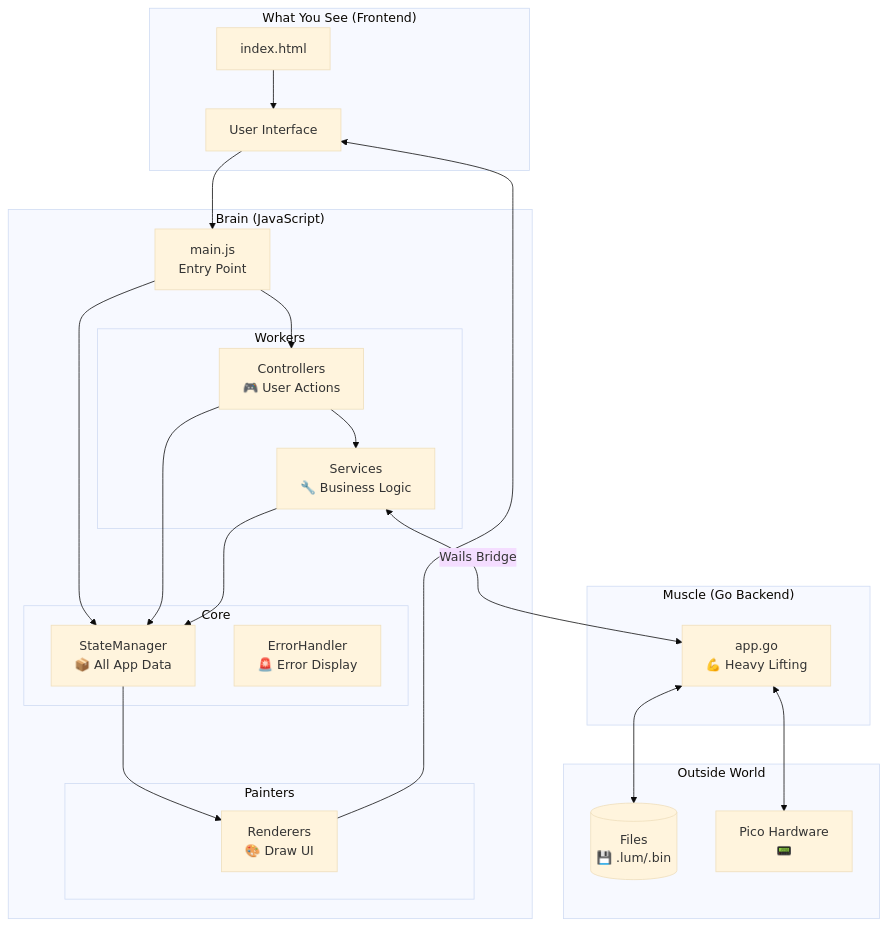
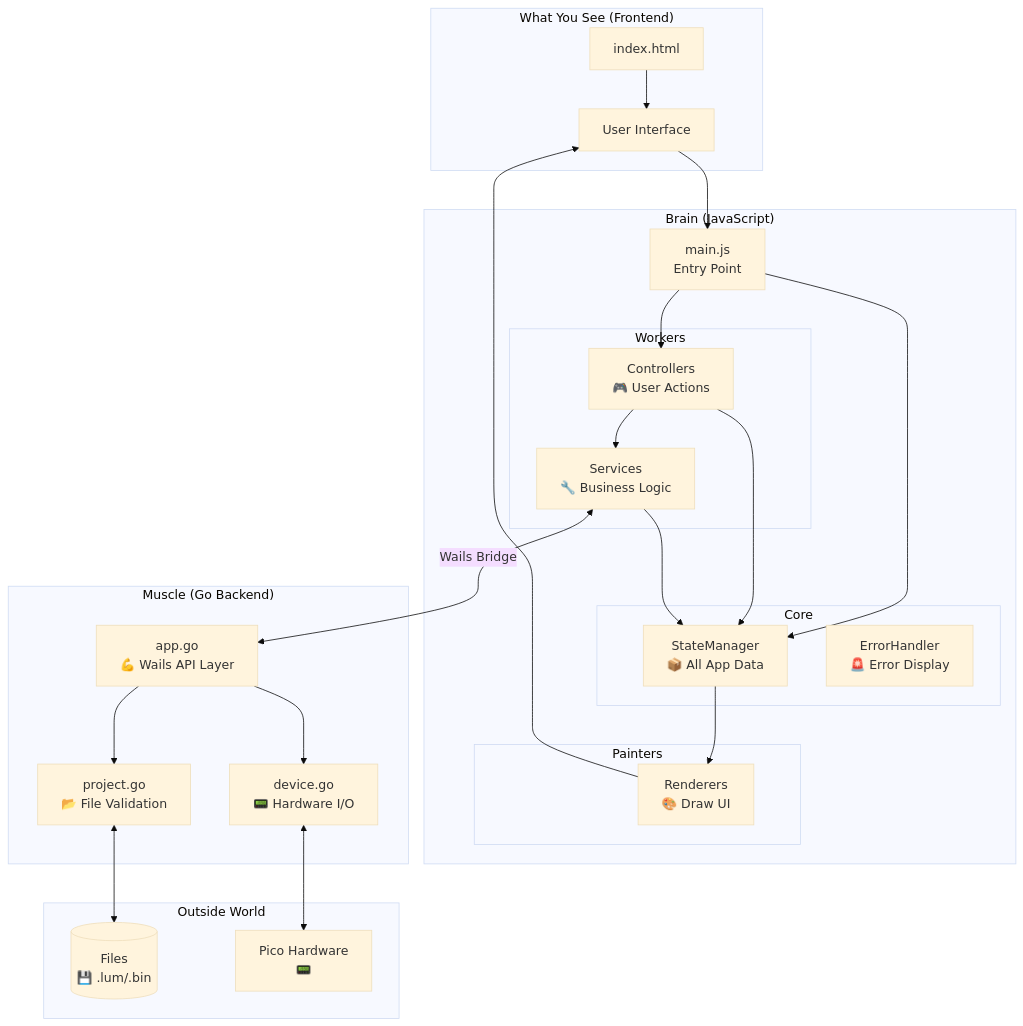
The first of 5 diagrams in docs/class/01-architecture-overview.md (picolume/studio), drawn with Mermaid (base theme) before and after one commit. The commit also changed other lines of this file and 2 other files, not shown here.

````diff
--- a/docs/class/01-architecture-overview.md
+++ b/docs/class/01-architecture-overview.md
@@ -26,48 +26,52 @@
 ```mermaid
 flowchart TB
     subgraph "What You See (Frontend)"
         HTML[index.html]
         UI[User Interface]
     end
 
     subgraph "Brain (JavaScript)"
         MAIN[main.js<br/>Entry Point]
 
         subgraph "Core"
             STATE[StateManager<br/>📦 All App Data]
             ERROR[ErrorHandler<br/>🚨 Error Display]
         end
 
         subgraph "Workers"
             SERVICES[Services<br/>🔧 Business Logic]
             CONTROLLERS[Controllers<br/>🎮 User Actions]
         end
 
         subgraph "Painters"
             VIEWS[Renderers<br/>🎨 Draw UI]
         end
     end
 
     subgraph "Muscle (Go Backend)"
-        APPGO[app.go<br/>💪 Heavy Lifting]
+        APPGO[app.go<br/>💪 Wails API Layer]
+        DEVGO[device.go<br/>📟 Hardware I/O]
+        PROJGO[project.go<br/>📂 File Validation]
     end
 
     subgraph "Outside World"
         FILES[(Files<br/>💾 .lum/.bin)]
         PICO[Pico Hardware<br/>📟]
     end
 
     HTML --> UI
     UI --> MAIN
     MAIN --> STATE
     MAIN --> CONTROLLERS
     CONTROLLERS --> STATE
     CONTROLLERS --> SERVICES
     SERVICES --> STATE
     STATE --> VIEWS
     VIEWS --> UI
 
     SERVICES <--> |Wails Bridge| APPGO
-    APPGO <--> FILES
-    APPGO <--> PICO
+    APPGO --> PROJGO
+    APPGO --> DEVGO
+    PROJGO <--> FILES
+    DEVGO <--> PICO
 ```
````
